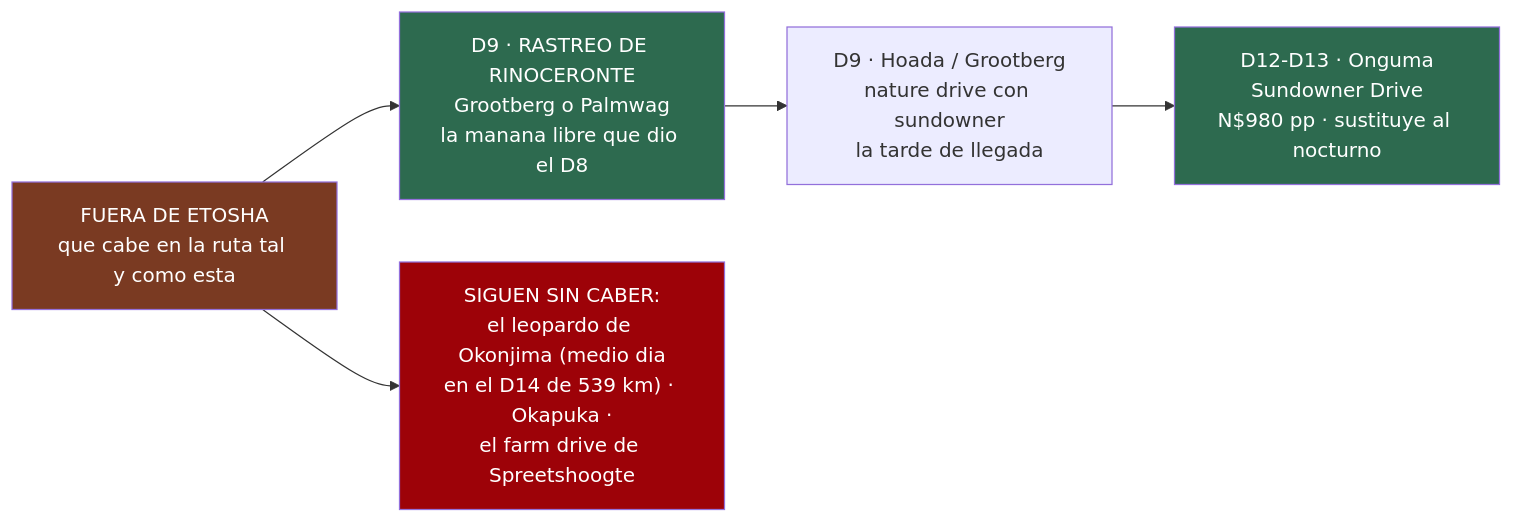
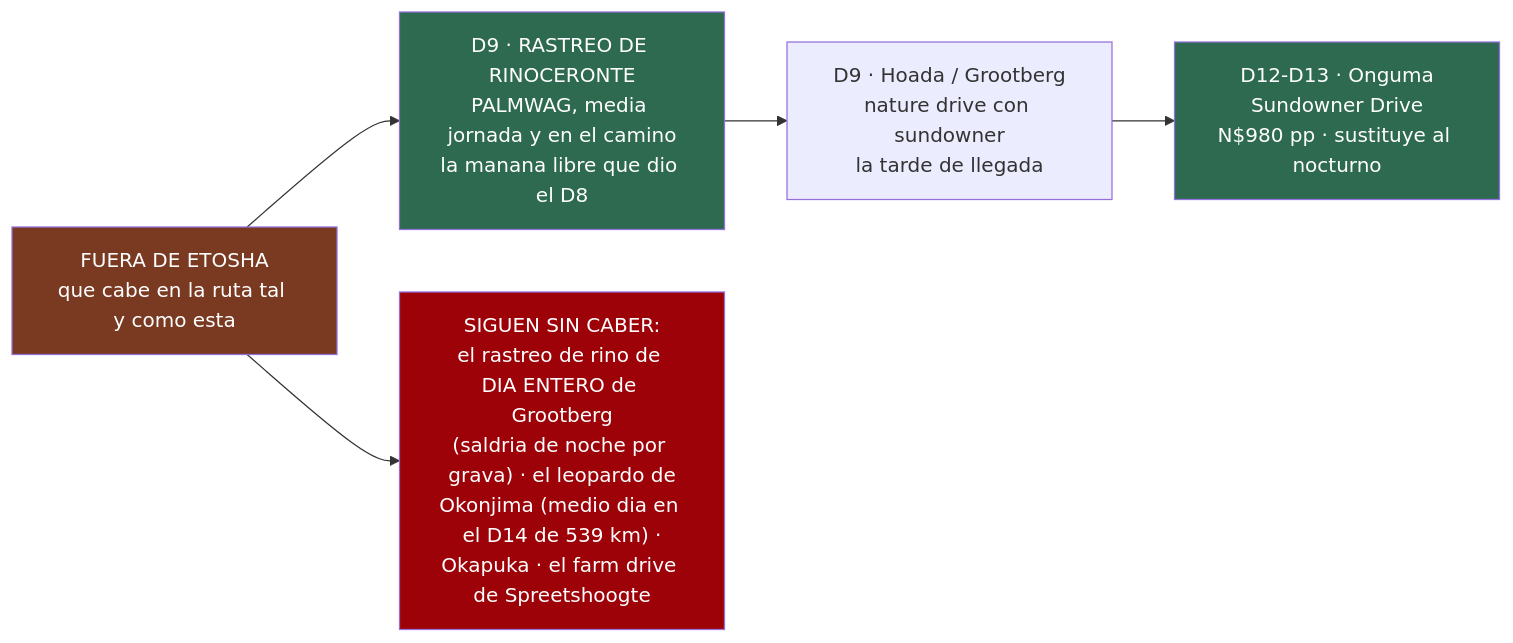
Before and after one commit to morandeirachema/namibia: the first of 2 diagrams in 11-entradas-y-permisos.md, drawn with Mermaid. The commit also changed other lines of this file and 27 other files, not shown here.

````diff
--- a/11-entradas-y-permisos.md
+++ b/11-entradas-y-permisos.md
@@ -172,15 +172,15 @@
 ```mermaid
 flowchart LR
 %% ancho
     T["FUERA DE ETOSHA<br/>que cabe en la ruta tal y como esta"]
-    S["D9 · RASTREO DE RINOCERONTE<br/>Grootberg o Palmwag<br/>la manana libre que dio el D8"]
+    S["D9 · RASTREO DE RINOCERONTE<br/>PALMWAG, media jornada y en el camino<br/>la manana libre que dio el D8"]
     G["D9 · Hoada / Grootberg<br/>nature drive con sundowner<br/>la tarde de llegada"]
     O["D12-D13 · Onguma<br/>Sundowner Drive<br/>N$980 pp · sustituye al nocturno"]
-    X["SIGUEN SIN CABER:<br/>el leopardo de Okonjima (medio dia<br/>en el D14 de 539 km) · Okapuka ·<br/>el farm drive de Spreetshoogte"]
+    X["SIGUEN SIN CABER:<br/>el rastreo de rino de DIA ENTERO de Grootberg<br/>(saldria de noche por grava) · el leopardo de<br/>Okonjima (medio dia en el D14 de 539 km) ·<br/>Okapuka · el farm drive de Spreetshoogte"]
     T --> S --> G --> O
     T --> X
     style T fill:#7a3a22,color:#fff
     style S fill:#2d6a4f,color:#fff
     style O fill:#2d6a4f,color:#fff
     style X fill:#9d0208,color:#fff
 ```
````
